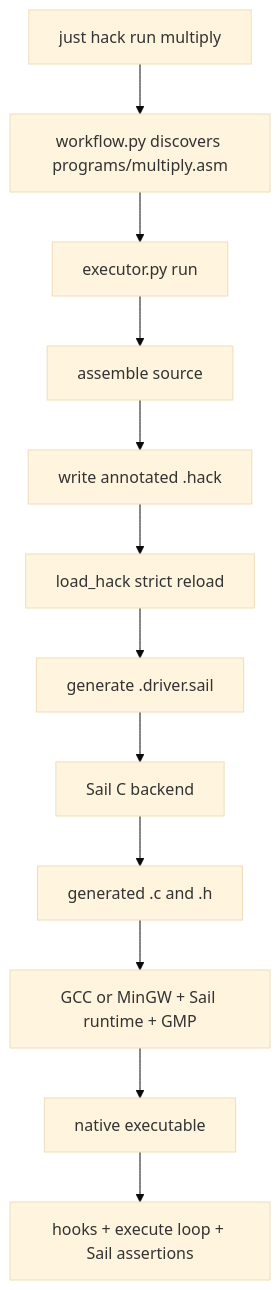
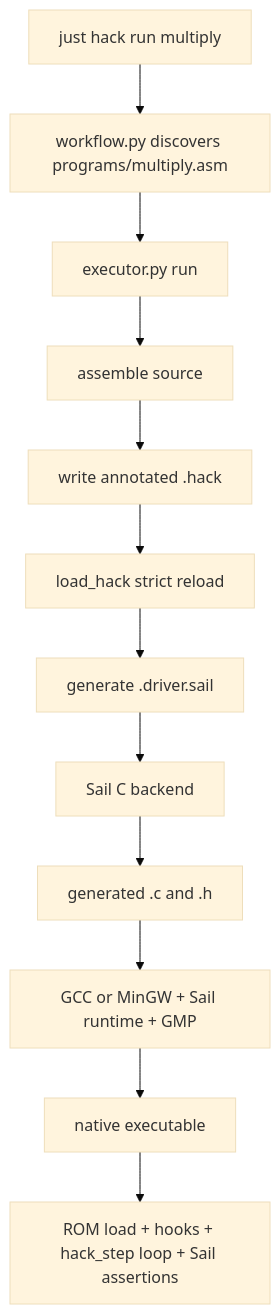
Before and after one commit to VIDLG/verylogic-workspace-sail: the first of 2 diagrams in site/docs/en/hack/execution.mdx, drawn with Mermaid (base theme). The commit also changed other lines of this file and 28 other files, not shown here.

Commit message:
feat: refine Hack Sail execution workflow

````diff
--- a/site/docs/en/hack/execution.mdx
+++ b/site/docs/en/hack/execution.mdx
@@ -17,14 +17,14 @@
 ```mermaid
 flowchart TD
     Just[just hack run multiply] --> Workflow[workflow.py discovers programs/multiply.asm]
     Workflow --> Executor[executor.py run]
     Executor --> Assemble[assemble source]
     Assemble --> Hack[write annotated .hack]
     Hack --> Reload[load_hack strict reload]
     Reload --> Driver[generate .driver.sail]
     Driver --> Sail[Sail C backend]
     Sail --> C[generated .c and .h]
     C --> Compiler[GCC or MinGW + Sail runtime + GMP]
     Compiler --> Native[native executable]
-    Native --> Result[hooks + execute loop + Sail assertions]
+    Native --> Result[ROM load + hooks + hack_step loop + Sail assertions]
 ```
````
